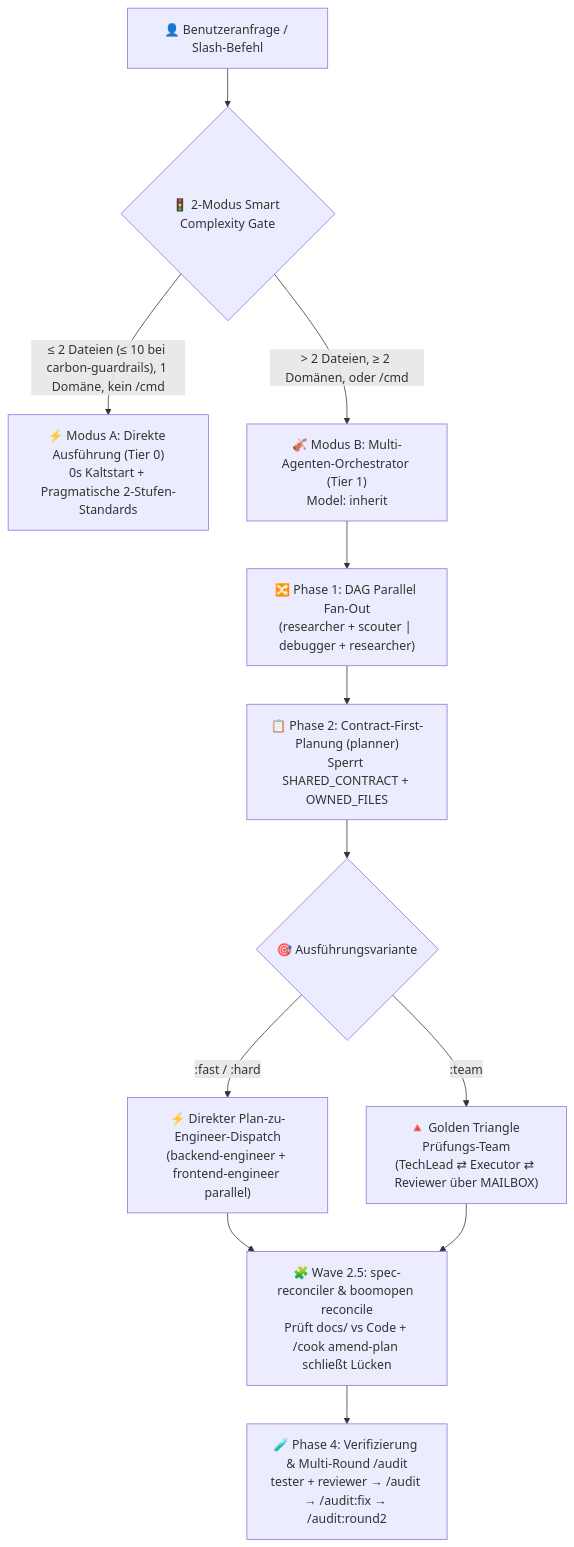
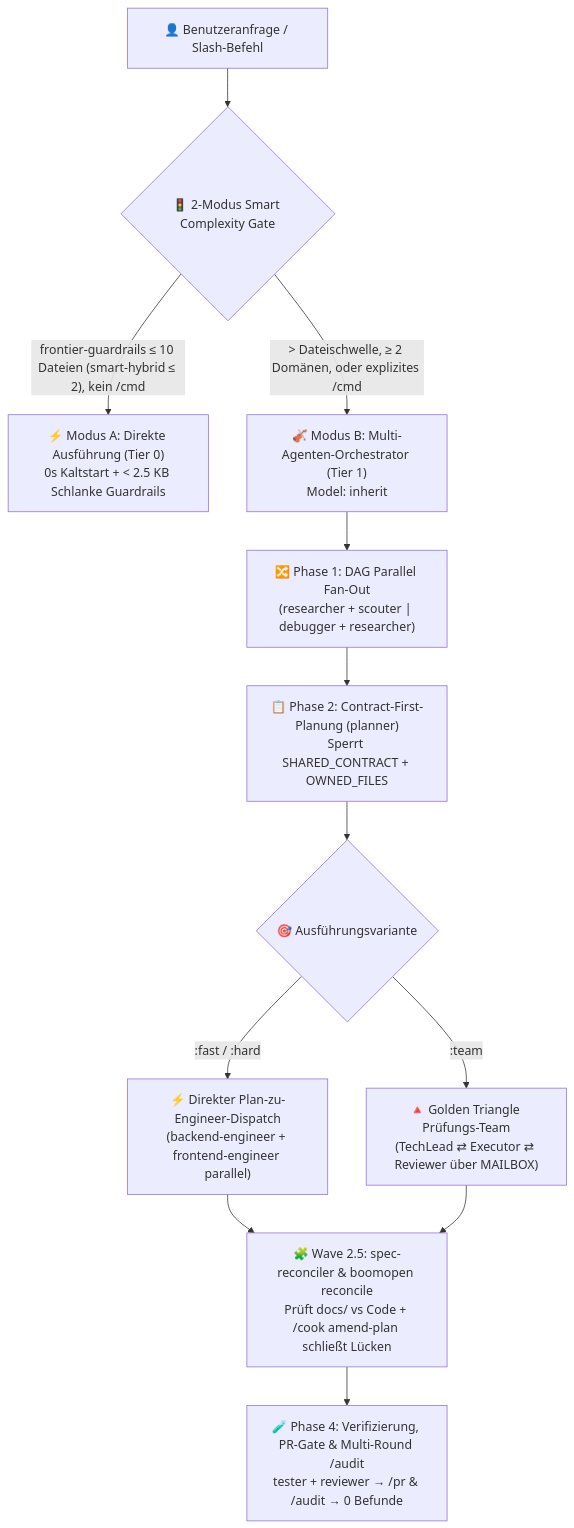
Before and after one commit to Kennyboom/BoomOpen-Workflow-Kit-Pro: the diagram in i18n/README.de.md, drawn with Mermaid. The commit also changed other lines of this file and 99 other files, not shown here.

````diff
--- a/i18n/README.de.md
+++ b/i18n/README.de.md
@@ -49,17 +57,17 @@
 ```mermaid
 flowchart TD
     User["👤 Benutzeranfrage / Slash-Befehl"] --> Gate{"🚦 2-Modus Smart Complexity Gate"}
-    Gate -->|"≤ 2 Dateien (≤ 10 bei carbon-guardrails), 1 Domäne, kein /cmd"| ModeA["⚡ Modus A: Direkte Ausführung (Tier 0)<br/>0s Kaltstart + Pragmatische 2-Stufen-Standards"]
-    Gate -->|"> 2 Dateien, ≥ 2 Domänen, oder /cmd"| ModeB["🎻 Modus B: Multi-Agenten-Orchestrator (Tier 1)<br/>Model: inherit"]
+    Gate -->|"frontier-guardrails ≤ 10 Dateien (smart-hybrid ≤ 2), kein /cmd"| ModeA["⚡ Modus A: Direkte Ausführung (Tier 0)<br/>0s Kaltstart + < 2.5 KB Schlanke Guardrails"]
+    Gate -->|"> Dateischwelle, ≥ 2 Domänen, oder explizites /cmd"| ModeB["🎻 Modus B: Multi-Agenten-Orchestrator (Tier 1)<br/>Model: inherit"]
 
     ModeB --> FanOut["🔀 Phase 1: DAG Parallel Fan-Out<br/>(researcher + scouter | debugger + researcher)"]
     FanOut --> Plan["📋 Phase 2: Contract-First-Planung (planner)<br/>Sperrt SHARED_CONTRACT + OWNED_FILES"]
     Plan --> Dispatch{"🎯 Ausführungsvariante"}
 
     Dispatch -->|":fast / :hard"| Direct["⚡ Direkter Plan-zu-Engineer-Dispatch<br/>(backend-engineer + frontend-engineer parallel)"]
     Dispatch -->|":team"| Triangle["🔺 Golden Triangle Prüfungs-Team<br/>(TechLead ⇄ Executor ⇄ Reviewer über MAILBOX)"]
 
     Direct --> Reconcile["🧩 Wave 2.5: spec-reconciler & boomopen reconcile<br/>Prüft docs/ vs Code + /cook amend-plan schließt Lücken"]
     Triangle --> Reconcile
-    Reconcile --> Verify["🧪 Phase 4: Verifizierung & Multi-Round /audit<br/>tester + reviewer → /audit → /audit:fix → /audit:round2"]
+    Reconcile --> Verify["🧪 Phase 4: Verifizierung, PR-Gate & Multi-Round /audit<br/>tester + reviewer → /pr & /audit → 0 Befunde"]
 ```
````
